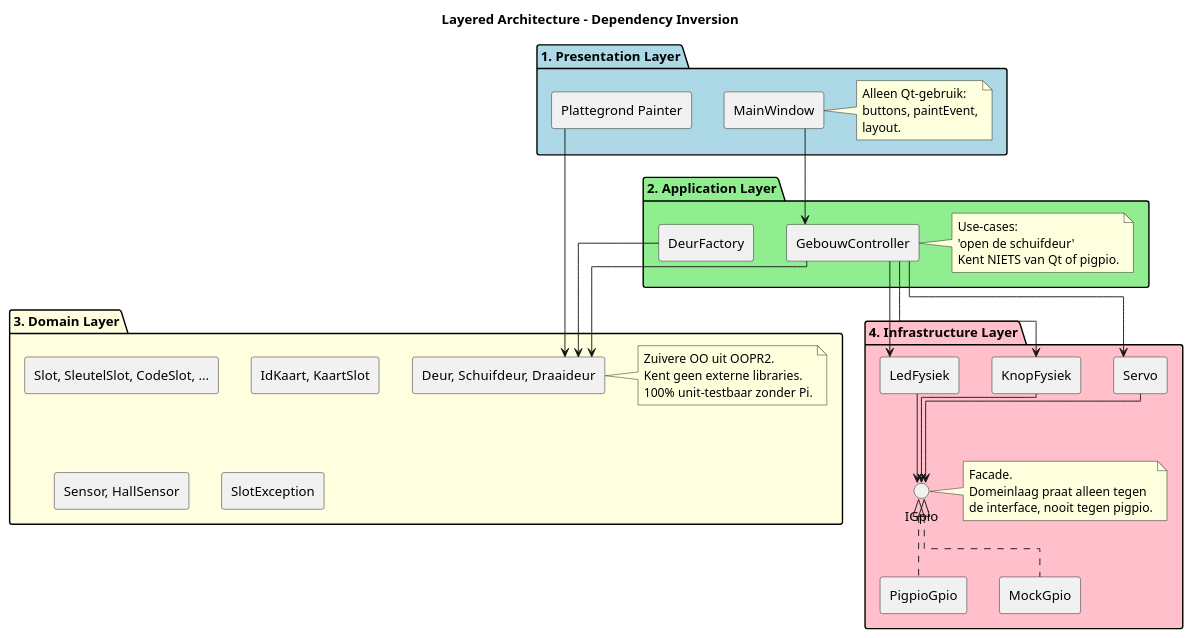
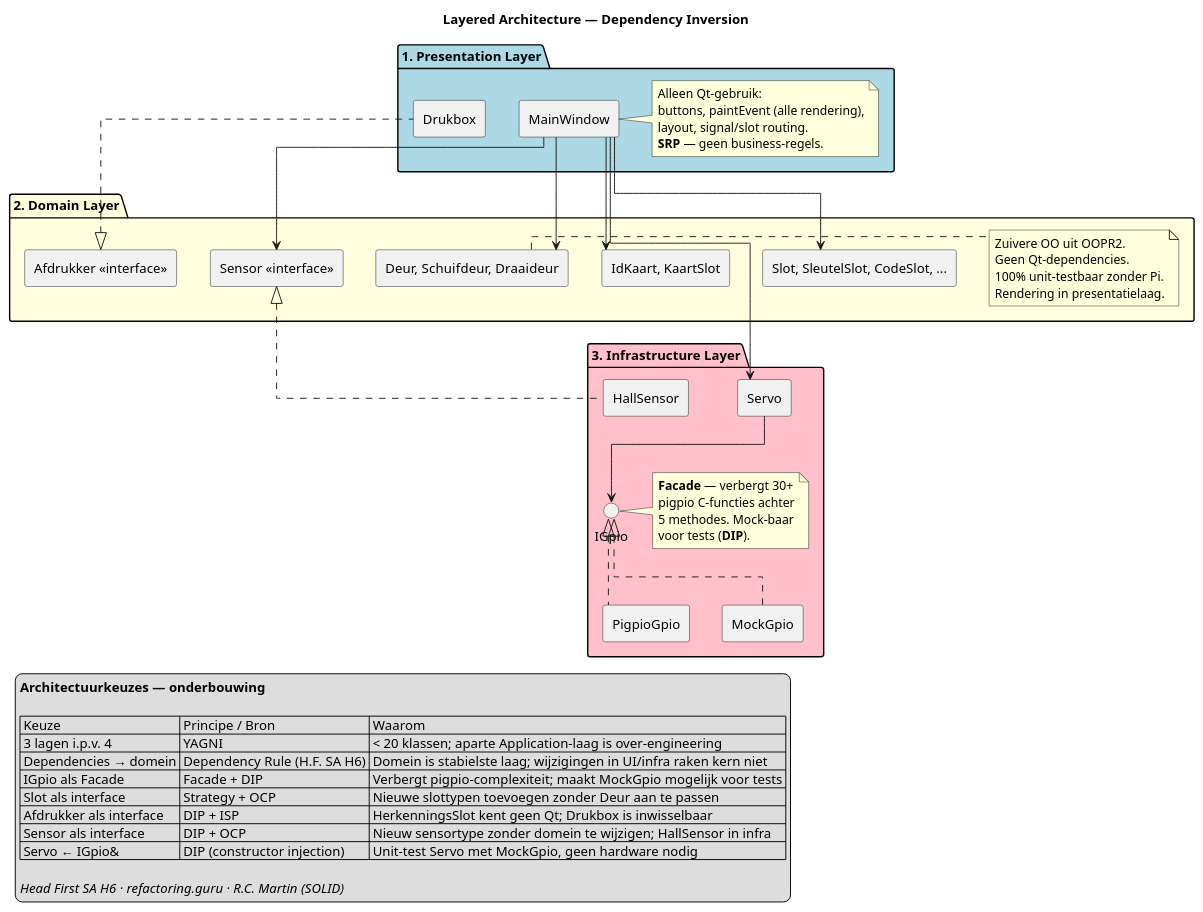
One commit to Jonteauxx/swadp_oopr2 changed the diagram in docs/diagrams/architectuur-lagen.puml. Above: the diagram before and after it, drawn with PlantUML. The commit also changed 21 other files, not shown here.

First line of the commit message:
refactor: Sensor als pure interface + HallSensor naar Infrastructure

```diff
--- a/docs/diagrams/architectuur-lagen.puml
+++ b/docs/diagrams/architectuur-lagen.puml
@@ -1,58 +1,77 @@
 @startuml architectuur-lagen
 '=============================================================================
-' SWADP - Layered Architecture (Head First SA, hoofdstuk 6)
+' SWADP — Layered Architecture (Head First SA, hoofdstuk 6)
 '=============================================================================
-' Hoog-over zicht: alleen lagen + welke verantwoordelijkheid waar zit.
-' Dependencies wijzen ALTIJD naar beneden (Layered + DIP).
+' Bron:  Head First Software Architecture, hoofdstuk 6 (Layered Architecture)
+'        + Dependency Inversion Principle (SOLID — D)
+'
+' KEUZE:  3 fysieke lagen (Presentation, Domain, Infrastructure).
+'         Geen aparte Application Layer — bij < 20 klassen is een extra
+'         laag met GebouwController/DeurFactory over-engineering (YAGNI).
+'         MainWindow fungeert als dunne "glue" die use-cases aanstuurt.
+'
+' DEPENDENCY RULE:
+'   • Dependencies wijzen ALTIJD naar het domein toe.
+'   • Presentation mag Domain aanroepen.
+'   • Infrastructure IMPLEMENTEERT interfaces die het Domain definieert.
+'   • Domain hangt van NIETS af behalve standaard C++.
 '=============================================================================
 
-title Layered Architecture - Dependency Inversion
+title Layered Architecture — Dependency Inversion
 
 skinparam componentStyle rectangle
 skinparam linetype ortho
 
 package "1. Presentation Layer" as L1 #LightBlue {
-  [MainWindow]      as ui_main
-  [Plattegrond Painter] as ui_paint
-  note right of ui_main : Alleen Qt-gebruik:\nbuttons, paintEvent,\nlayout.
+  [MainWindow]           as ui_main
+  [Drukbox]              as ui_druk
+  note right of ui_main : Alleen Qt-gebruik:\nbuttons, paintEvent (alle rendering),\nlayout, signal/slot routing.\n**SRP** — geen business-regels.
 }
 
-package "2. Application Layer" as L2 #LightGreen {
-  [GebouwController] as app_ctrl
-  [DeurFactory]      as app_fact
-  note right of app_ctrl : Use-cases:\n'open de schuifdeur'\nKent NIETS van Qt of pigpio.
+package "2. Domain Layer" as L2 #LightYellow {
+  [Deur, Schuifdeur, Draaideur]          as dom_deur
+  [Slot, SleutelSlot, CodeSlot, ...]     as dom_slot
+  [IdKaart, KaartSlot]                   as dom_kaart
+  [Sensor «interface»]                   as dom_sens
+  [Afdrukker «interface»]               as dom_afdr
+  note right of dom_deur : Zuivere OO uit OOPR2.\nGeen Qt-dependencies.\n100% unit-testbaar zonder Pi.\nRendering in presentatielaag.
 }
 
-package "3. Domain Layer" as L3 #LightYellow {
-  [Deur, Schuifdeur, Draaideur] as dom_deur
-  [Slot, SleutelSlot, CodeSlot, ...]   as dom_slot
-  [IdKaart, KaartSlot]                  as dom_kaart
-  [Sensor, HallSensor]                  as dom_sens
-  [SlotException]                       as dom_exc
-  note right of dom_deur : Zuivere OO uit OOPR2.\nKent geen externe libraries.\n100% unit-testbaar zonder Pi.
-}
-
-package "4. Infrastructure Layer" as L4 #Pink {
+package "3. Infrastructure Layer" as L3 #Pink {
   interface "IGpio" as inf_igpio
   [PigpioGpio]   as inf_pigpio
   [MockGpio]     as inf_mock
   [Servo]        as inf_servo
-  [KnopFysiek]   as inf_knop
-  [LedFysiek]    as inf_led
-  note right of inf_igpio : Facade.\nDomeinlaag praat alleen tegen\nde interface, nooit tegen pigpio.
+  [HallSensor]   as inf_hall
+  note right of inf_igpio : **Facade** — verbergt 30+\npigpio C-functies achter\n5 methodes. Mock-baar\nvoor tests (**DIP**).
 }
 
-ui_main   --> app_ctrl
-ui_paint  --> dom_deur
-app_ctrl  --> dom_deur
-app_ctrl  --> inf_servo
-app_ctrl  --> inf_knop
-app_ctrl  --> inf_led
-app_fact  --> dom_deur
+' --- Dependencies (altijd richting domein) ---
+ui_main   --> dom_deur
+ui_main   --> dom_slot
+ui_main   --> dom_kaart
+ui_main   --> dom_sens
+ui_main   --> inf_servo
+ui_druk  .up.|> dom_afdr
 inf_servo --> inf_igpio
-inf_knop  --> inf_igpio
-inf_led   --> inf_igpio
 inf_pigpio .up.|> inf_igpio
 inf_mock   .up.|> inf_igpio
+inf_hall   .up.|> dom_sens
+
+' --- Onderbouwing ---
+legend bottom left
+    **Architectuurkeuzes — onderbouwing**
+
+    | Keuze | Principe / Bron | Waarom |
+    | 3 lagen i.p.v. 4 | YAGNI | < 20 klassen; aparte Application-laag is over-engineering |
+    | Dependencies → domein | Dependency Rule (H.F. SA H6) | Domein is stabielste laag; wijzigingen in UI/infra raken kern niet |
+    | IGpio als Facade | Facade + DIP | Verbergt pigpio-complexiteit; maakt MockGpio mogelijk voor tests |
+    | Slot als interface | Strategy + OCP | Nieuwe slottypen toevoegen zonder Deur aan te passen |
+    | Afdrukker als interface | DIP + ISP | HerkenningsSlot kent geen Qt; Drukbox is inwisselbaar |
+    | Sensor als interface | DIP + OCP | Nieuw sensortype zonder domein te wijzigen; HallSensor in infra |
+    | Servo ← IGpio& | DIP (constructor injection) | Unit-test Servo met MockGpio, geen hardware nodig |
+
+    //Head First SA H6 · refactoring.guru · R.C. Martin (SOLID)//
+end legend
 
 @enduml
```
